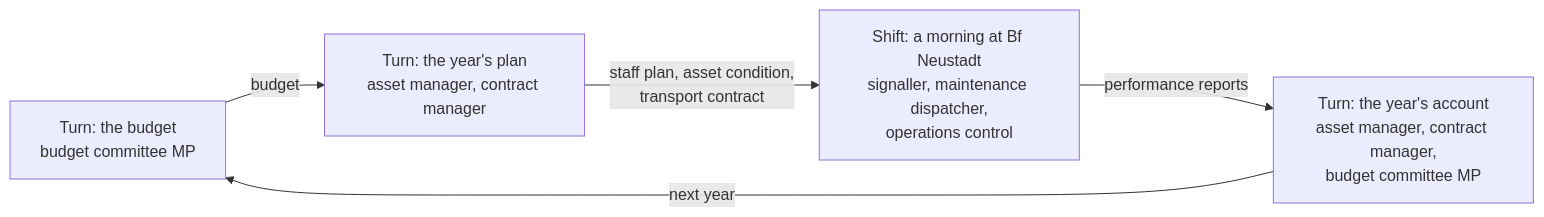
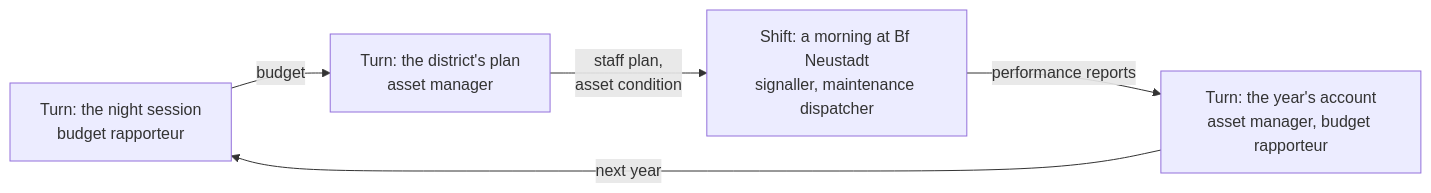
One commit to joernmht/ARail-EBL changed the diagram in docs/game-core.md. Above: the diagram before and after it, drawn with Mermaid. The commit also changed other lines of this file and 35 other files, not shown here.

First line of the commit message:
Big game: the asset manager's and the budget rapporteur's games, the lab as a seat, missions, the play page

````diff
--- a/docs/game-core.md
+++ b/docs/game-core.md
@@ -191,7 +192,7 @@
 ```mermaid
 flowchart LR
-  budget["Turn: the budget<br>budget committee MP"] -- "budget" --> plan["Turn: the year's plan<br>asset manager, contract manager"]
-  plan -- "staff plan, asset condition,<br>transport contract" --> shift["Shift: a morning at Bf Neustadt<br>signaller, maintenance dispatcher,<br>operations control"]
-  shift -- "performance reports" --> review["Turn: the year's account<br>asset manager, contract manager,<br>budget committee MP"]
+  budget["Turn: the night session<br>budget rapporteur"] -- "budget" --> plan["Turn: the district's plan<br>asset manager"]
+  plan -- "staff plan,<br>asset condition" --> shift["Shift: a morning at Bf Neustadt<br>signaller, maintenance dispatcher"]
+  shift -- "performance reports" --> review["Turn: the year's account<br>asset manager, budget rapporteur"]
   review -- "next year" --> budget
 ```
````
